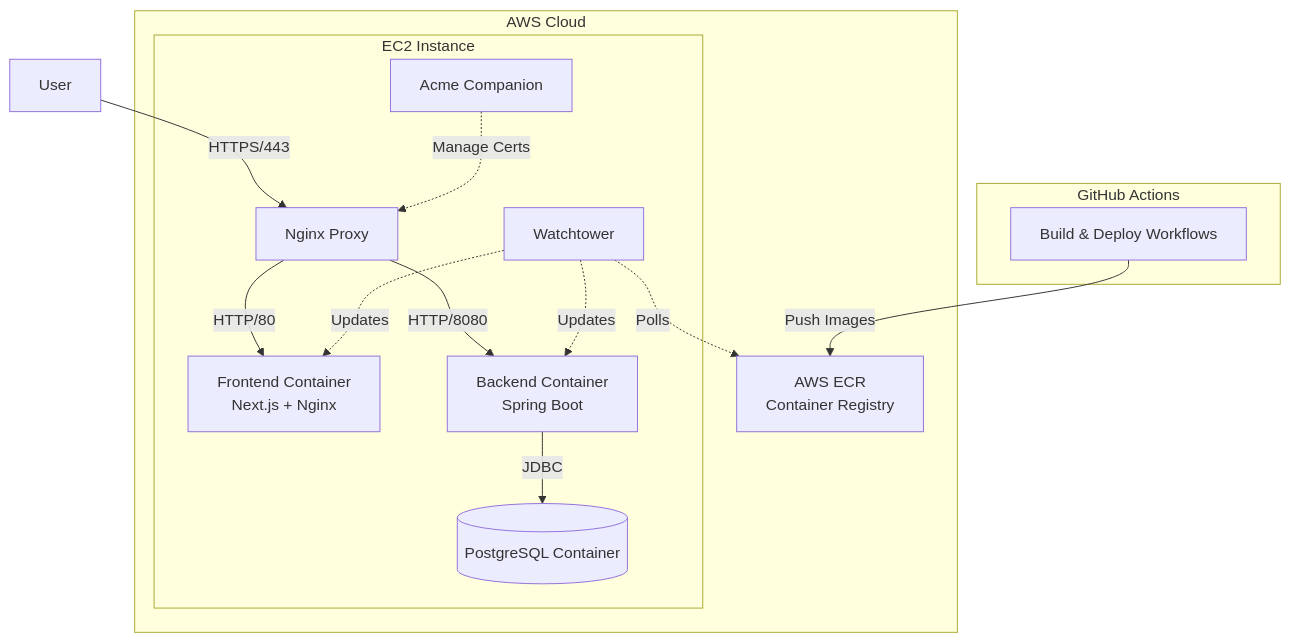
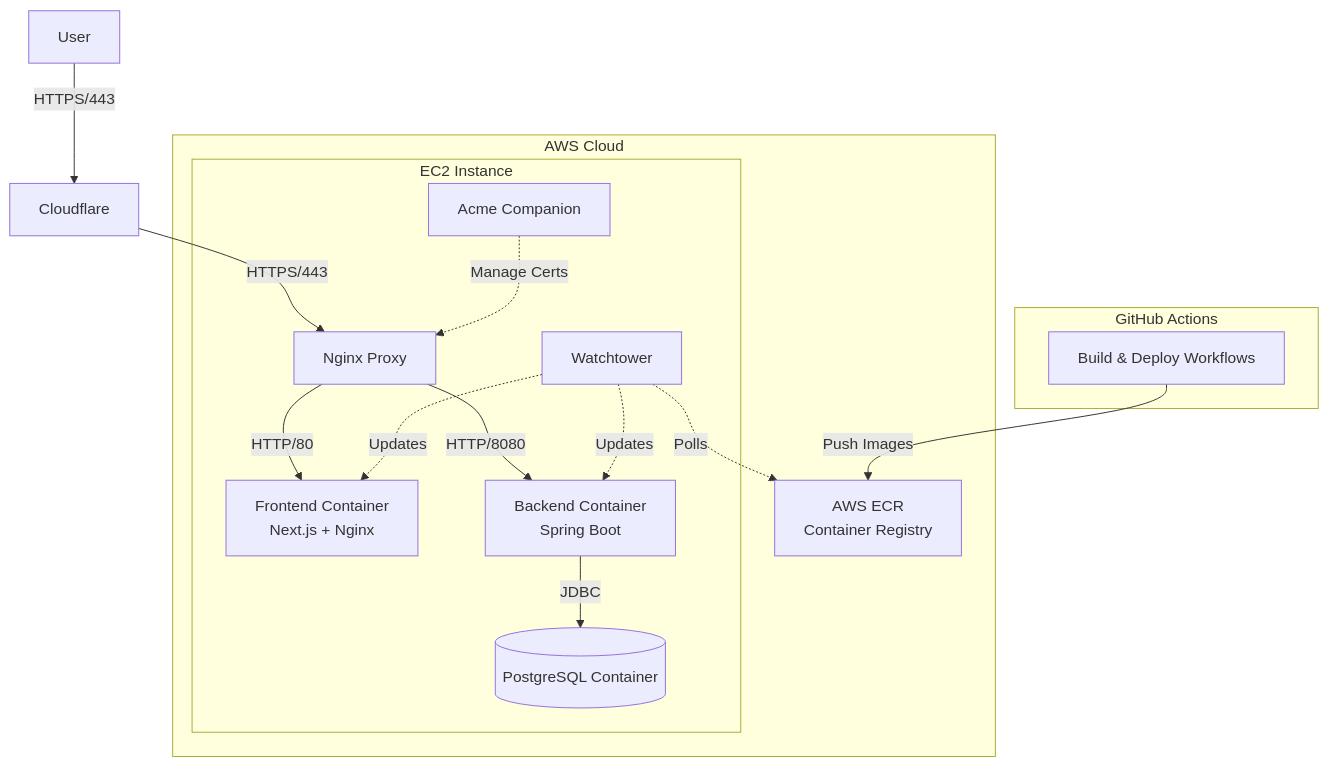
The diagram in README.md (masonakdev/edgecase-demo), drawn with Mermaid before and after one commit. The commit also changed 1 other file, not shown here.

Commit message:
docs(design): traffic proxied through cloudflare

````diff
--- a/README.md
+++ b/README.md
@@ -19,33 +19,34 @@
 ```mermaid
 graph TD
     subgraph AWS_Cloud [AWS Cloud]
         subgraph EC2_Instance [EC2 Instance]
             Nginx[Nginx Proxy]
             LE[Acme Companion]
             Frontend[Frontend Container<br/>Next.js + Nginx]
             Backend[Backend Container<br/>Spring Boot]
             DB[(PostgreSQL Container)]
             Watchtower[Watchtower]
         end
         
         ECR[AWS ECR<br/>Container Registry]
     end
 
-    User[User] -->|HTTPS/443| Nginx
+    User[User] -->|HTTPS/443| CF[Cloudflare]
+    CF -->|HTTPS/443| Nginx
     Nginx -->|HTTP/80| Frontend
     Nginx -->|HTTP/8080| Backend
     
     Backend -->|JDBC| DB
     
     LE -.->|Manage Certs| Nginx
     
     Watchtower -.->|Polls| ECR
     Watchtower -.->|Updates| Frontend
     Watchtower -.->|Updates| Backend
     
     subgraph CI_CD [GitHub Actions]
         Pipeline[Build & Deploy Workflows]
     end
     
     Pipeline -->|Push Images| ECR
 ```
````
